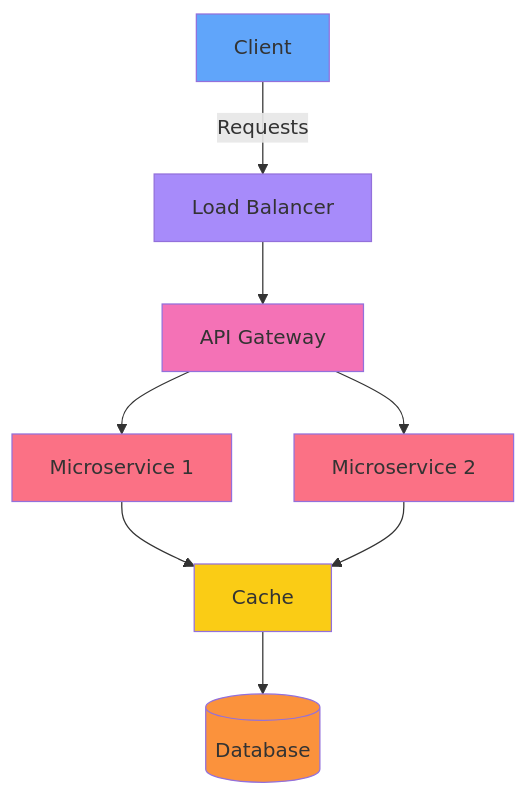
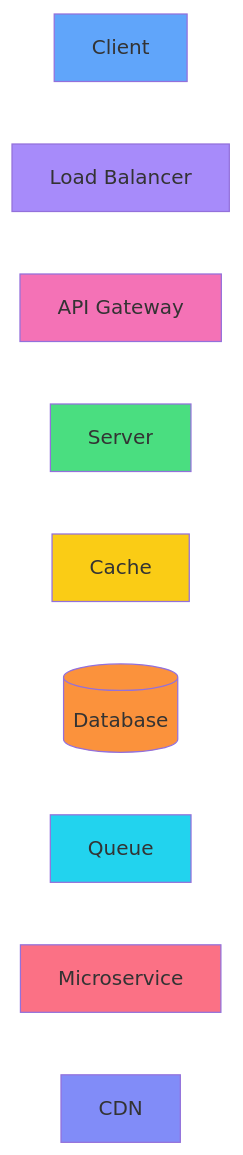
Before and after one commit to maheshshinde9100/SystemDesignLab: the second of 2 diagrams in README.md, drawn with Mermaid. The commit also changed other lines of this file and 1 other file, not shown here.

Commit message:
mermaid diagrams updations and license commit

````diff
--- a/README.md
+++ b/README.md
@@ -32,18 +134,22 @@
 ```mermaid
-graph TD
-    A[Client] -->|Requests| B[Load Balancer]
-    B --> C[API Gateway]
-    C --> D1[Microservice 1]
-    C --> D2[Microservice 2]
-    D1 --> E[Cache]
-    D2 --> E
-    E --> F[(Database)]
-    
-    style A fill:#60a5fa
-    style B fill:#a78bfa
-    style C fill:#f472b6
-    style D1 fill:#fb7185
-    style D2 fill:#fb7185
-    style E fill:#facc15
-    style F fill:#fb923c
+flowchart LR
+    Client[Client]
+    LB[Load Balancer]
+    APIGateway[API Gateway]
+    Server[Server]
+    Cache[Cache]
+    Database[(Database)]
+    Queue[Queue]
+    Microservice[Microservice]
+    CDN[CDN]
+
+    style Client fill:#60a5fa
+    style LB fill:#a78bfa
+    style APIGateway fill:#f472b6
+    style Server fill:#4ade80
+    style Cache fill:#facc15
+    style Database fill:#fb923c
+    style Queue fill:#22d3ee
+    style Microservice fill:#fb7185
+    style CDN fill:#818cf8
 ```
````
